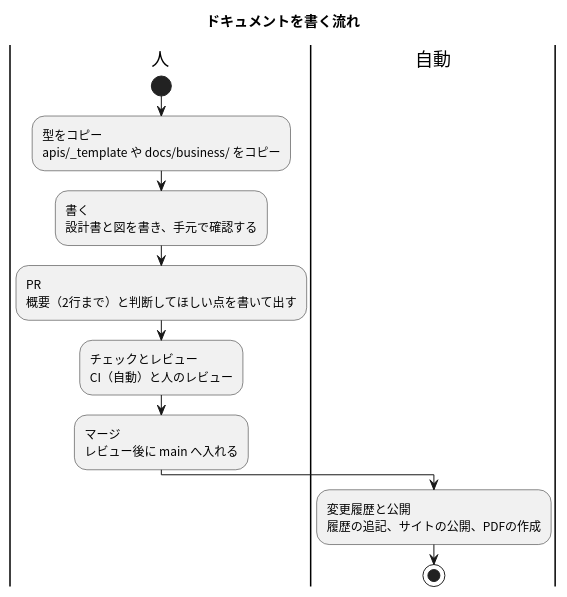
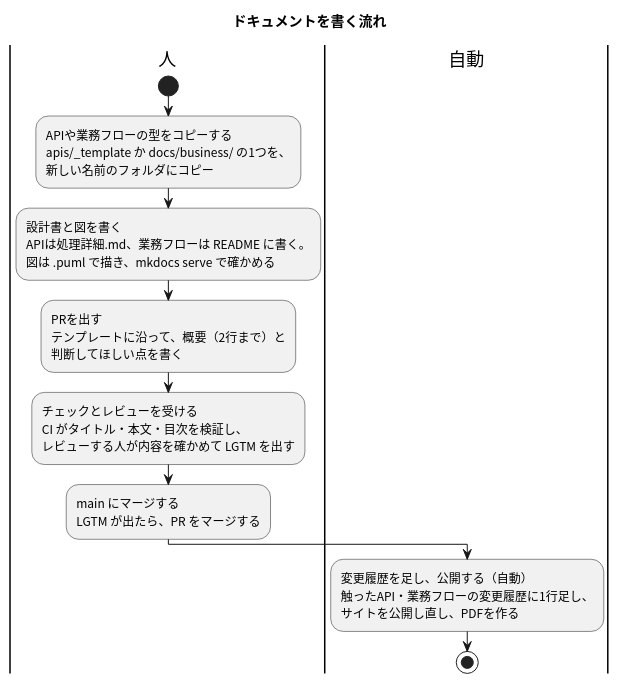
The diagram in docs/usage-flow.puml (masamasamasato/design-doc-template), drawn with PlantUML before and after one commit. The commit also changed 1 other file, not shown here.

Commit message:
ドキュメントを書く流れの図で、各箱の1行目で内容が分かるようにする (#68)
## 概要

ドキュメントを書く流れの図で、各箱の1行目をおおまかな作業、2行目を詳しい内容にします。
業務フローに処理詳細.mdは無いこと、PRのCIはリンク切れを見ていないことを、役割の文に反映しています。

## 判断してほしい点

なし

<details>
<summary>前と後の例</summary>

- 前 1行目「書く」／2行目「設計書と図を書き、手元で確認する」
- 後 1行目「設計書と図を書く」／2行目「APIは処理詳細.md、業務フローは README に書く。図は .puml で描き、mkdocs
serve で確かめる」
- 前 1行目「チェックとレビュー」／2行目「CI（自動）と人のレビュー」
- 後 1行目「チェックとレビューを受ける」／2行目「CI がタイトル・本文・目次を検証し、レビューする人が内容を確かめて LGTM を出す」

</details>

<details>
<summary>自分で決めたこと</summary>

- 案の「処理詳細.md に入力・検証・結果を書く」は、業務フローに合わせなかった。業務フローは README.md と flow.puml
で、処理詳細.md は API だけのため
- 案の「CI が本文・目次・リンクを検証し」から「リンク」を外し、タイトルを足した。PR の CI はタイトル・本文・目次を見る。リンク切れの
`mkdocs build --strict` は、手元の確認と main への公開時だけ
- 長い役割は箱の中で1回改行した。人／自動のレーンはそのまま

</details>

<details>
<summary>確かめたこと</summary>

- [x] 深さ3（サービスメソッド）より細かいロジックを書いていない
- [x] 図はローカル変換の PlantUML である（Mermaid は使わない）
- [x] draw.io を変えた場合は、変更前と変更後のスクリーンショットをこの中に貼った（draw.io は変えていない）
- [x] `mkdocs build --strict` が通った
- [x] CommonMark で変換して、生の `**` が0個だった
- `update-toc.py --check` が通る
- PNG で、矢印の交差と文字のはみ出しが無いことを確かめた

</details>

<details>
<summary>関連する設計</summary>

- docs/usage-flow.puml
- README.md
- docs/guide.md

</details>

```diff
--- a/docs/usage-flow.puml
+++ b/docs/usage-flow.puml
@@ -2,18 +2,18 @@
 @startuml
 skinparam shadowing false
 skinparam defaultFontName "Noto Sans CJK JP"
 skinparam ActivityFontName "Noto Sans CJK JP"
 
 title ドキュメントを書く流れ
 
 |人|
 start
-:型をコピー\napis/_template や docs/business/ をコピー;
-:書く\n設計書と図を書き、手元で確認する;
-:PR\n概要（2行まで）と判断してほしい点を書いて出す;
-:チェックとレビュー\nCI（自動）と人のレビュー;
-:マージ\nレビュー後に main へ入れる;
+:APIや業務フローの型をコピーする\napis/_template か docs/business/ の1つを、\n新しい名前のフォルダにコピー;
+:設計書と図を書く\nAPIは処理詳細.md、業務フローは README に書く。\n図は .puml で描き、mkdocs serve で確かめる;
+:PRを出す\nテンプレートに沿って、概要（2行まで）と\n判断してほしい点を書く;
+:チェックとレビューを受ける\nCI がタイトル・本文・目次を検証し、\nレビューする人が内容を確かめて LGTM を出す;
+:main にマージする\nLGTM が出たら、PR をマージする;
 |自動|
-:変更履歴と公開\n履歴の追記、サイトの公開、PDFの作成;
+:変更履歴を足し、公開する（自動）\n触ったAPI・業務フローの変更履歴に1行足し、\nサイトを公開し直し、PDFを作る;
 stop
 @enduml
```
